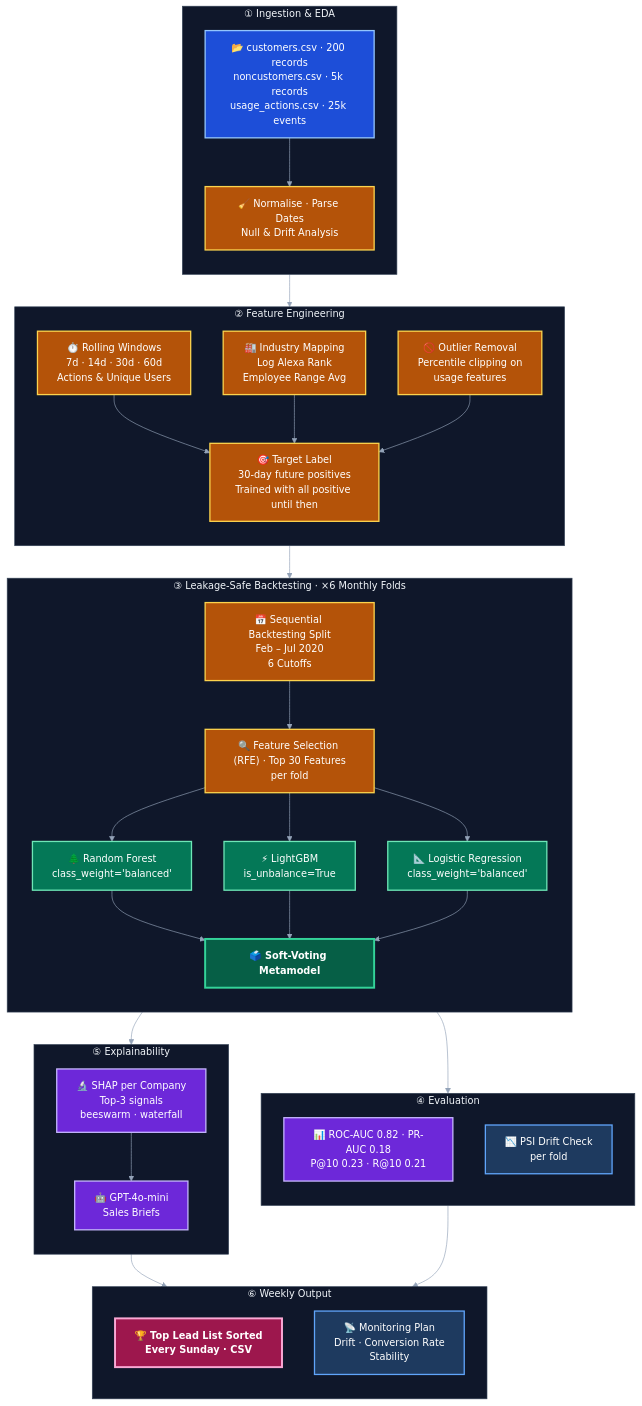
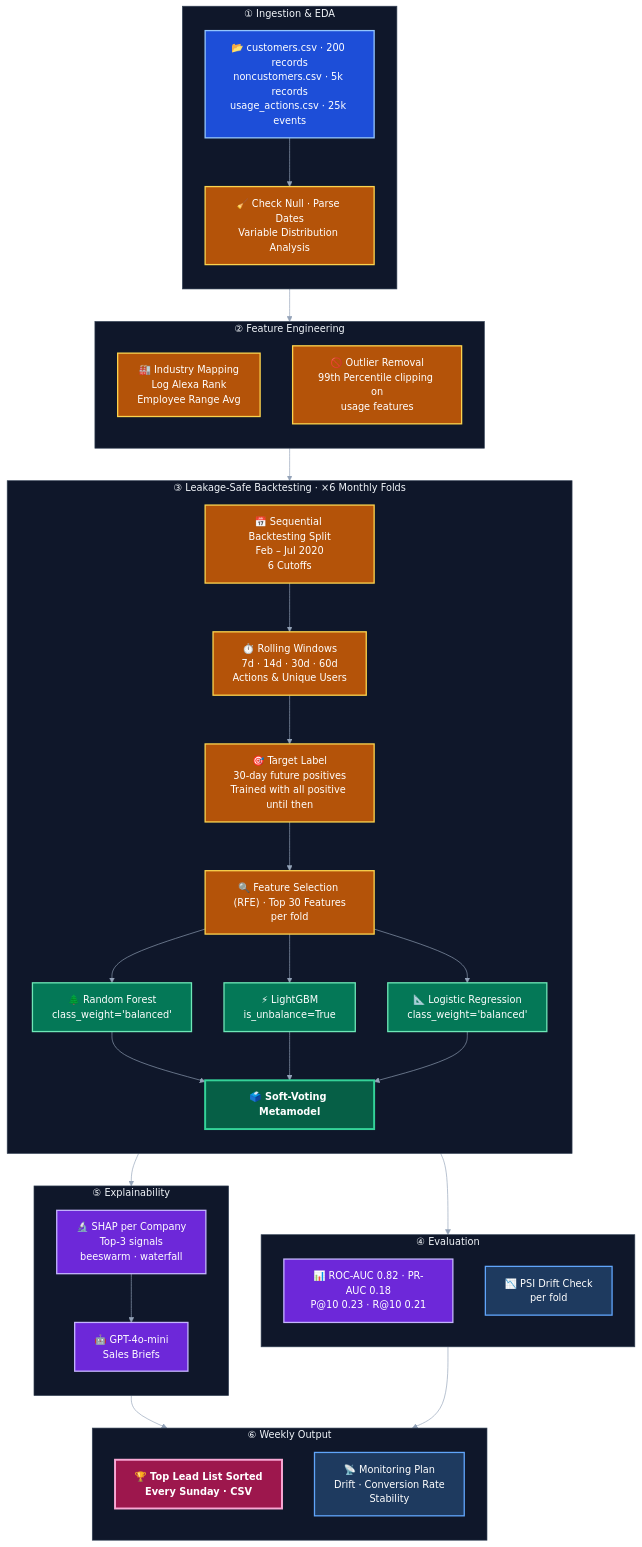
Before and after one commit to jordisc97/Conversion-Prediction-Model: the diagram in README.md, drawn with Mermaid.

Commit message:
Update README.md with mermaid

````diff
--- a/README.md
+++ b/README.md
@@ -9,68 +9,67 @@
 ```mermaid
 %%{init: {'theme': 'base', 'themeVariables': {'edgeLabelBackground': 'transparent', 'clusterBkg': '#0f172a', 'clusterBorder': '#334155', 'titleColor': '#f1f5f9', 'lineColor': '#94a3b8', 'fontSize': '15px'}}}%%
 flowchart TB
     classDef data     fill:#1d4ed8,stroke:#93c5fd,stroke-width:2px,color:#fff
     classDef process  fill:#b45309,stroke:#fcd34d,stroke-width:2px,color:#fff
     classDef model    fill:#047857,stroke:#6ee7b7,stroke-width:2px,color:#fff
     classDef ensemble fill:#065f46,stroke:#34d399,stroke-width:3px,color:#fff,font-weight:bold
     classDef output   fill:#6d28d9,stroke:#c4b5fd,stroke-width:2px,color:#fff
     classDef report   fill:#9d174d,stroke:#f9a8d4,stroke-width:3px,color:#fff,font-weight:bold
     classDef monitor  fill:#1e3a5f,stroke:#60a5fa,stroke-width:2px,color:#fff
 
     %% ── 1. DATA ─────────────────────────────────
     subgraph ING ["① Ingestion & EDA"]
         direction TB
         A1["📂 customers.csv · 200 records<br/>noncustomers.csv · 5k records<br/>usage_actions.csv · 25k events"]:::data
-        A2["🧹 Normalise · Parse Dates<br/>Null & Drift Analysis"]:::process
+        A2["🧹 Check Null · Parse Dates<br/>Variable Distribution Analysis"]:::process
         A1 --> A2
     end
 
     %% ── 2. FEATURES ─────────────────────────────
     subgraph FE ["② Feature Engineering"]
         direction TB
-        F1["⏱️ Rolling Windows<br/>7d · 14d · 30d · 60d<br/>Actions & Unique Users"]:::process
         F2["🏭 Industry Mapping<br/>Log Alexa Rank<br/>Employee Range Avg"]:::process
-        F3["🚫 Outlier Removal<br/>Percentile clipping on<br/>usage features"]:::process
-        F4["🎯 Target Label<br/>30-day future positives<br/>Trained with all positive until then"]:::process
-        F1 & F2 & F3 --> F4
+        F3["🚫 Outlier Removal<br/>99th Percentile clipping on<br/>usage features"]:::process
     end
 
     %% ── 3. MODELLING ────────────────────────────
     subgraph BT ["③ Leakage-Safe Backtesting · ×6 Monthly Folds"]
         direction TB
         B1["📅 Sequential Backtesting Split<br/>Feb – Jul 2020<br/>6 Cutoffs"]:::process
+        F1["⏱️ Rolling Windows<br/>7d · 14d · 30d · 60d<br/>Actions & Unique Users"]:::process
+        F4["🎯 Target Label<br/>30-day future positives<br/>Trained with all positive until then"]:::process
         B2["🔍 Feature Selection (RFE) · Top 30 Features<br/>per fold"]:::process
         B3["🌲 Random Forest<br/>class_weight='balanced'"]:::model
         B4["⚡ LightGBM<br/>is_unbalance=True"]:::model
         B5["📐 Logistic Regression<br/>class_weight='balanced'"]:::model
         B6["🗳️ Soft-Voting Metamodel"]:::ensemble
-        B1 --> B2 --> B3 & B4 & B5 --> B6
+        B1 --> F1 --> F4 --> B2 --> B3 & B4 & B5 --> B6
     end
 
     %% ── 4. EVALUATION ───────────────────────────
     subgraph EV ["④ Evaluation"]
         direction TB
         C1["📊 ROC-AUC 0.82 · PR-AUC 0.18<br/>P@10 0.23 · R@10 0.21"]:::output
         C2["📉 PSI Drift Check<br/>per fold"]:::monitor
     end
 
     %% ── 5. EXPLAINABILITY ───────────────────────
     subgraph XP ["⑤ Explainability"]
         direction TB
         D1["🔬 SHAP per Company<br/>Top-3 signals<br/>beeswarm · waterfall"]:::output
         D2["🤖 GPT-4o-mini<br/>Sales Briefs"]:::output
         D1 --> D2
     end
 
     %% ── 6. OUTPUT ───────────────────────────────
     subgraph SO ["⑥ Weekly Output"]
         direction TB
         E1["🏆 Top Lead List Sorted<br/>Every Sunday · CSV"]:::report
         E2["📡 Monitoring Plan<br/>Drift · Conversion Rate<br/>Stability"]:::monitor
     end
 
     %% ── MAIN FLOW ───────────────────────────────
     ING --> FE --> BT --> EV & XP
     XP --> SO
     EV --> SO
 ```
````
